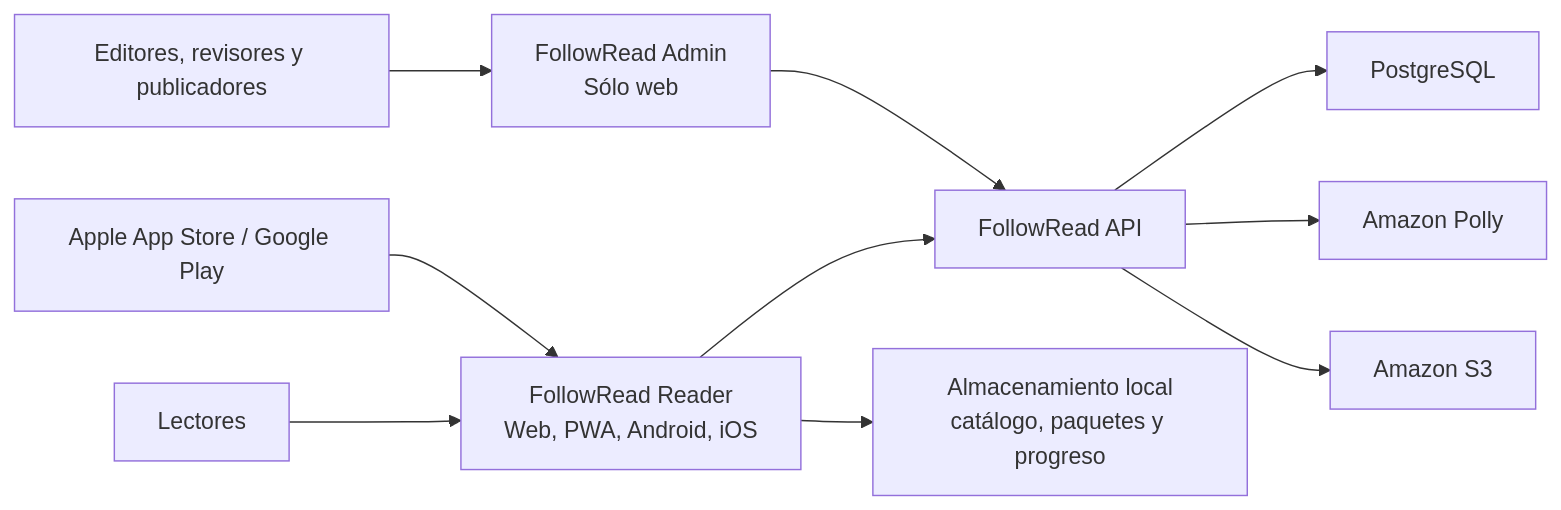
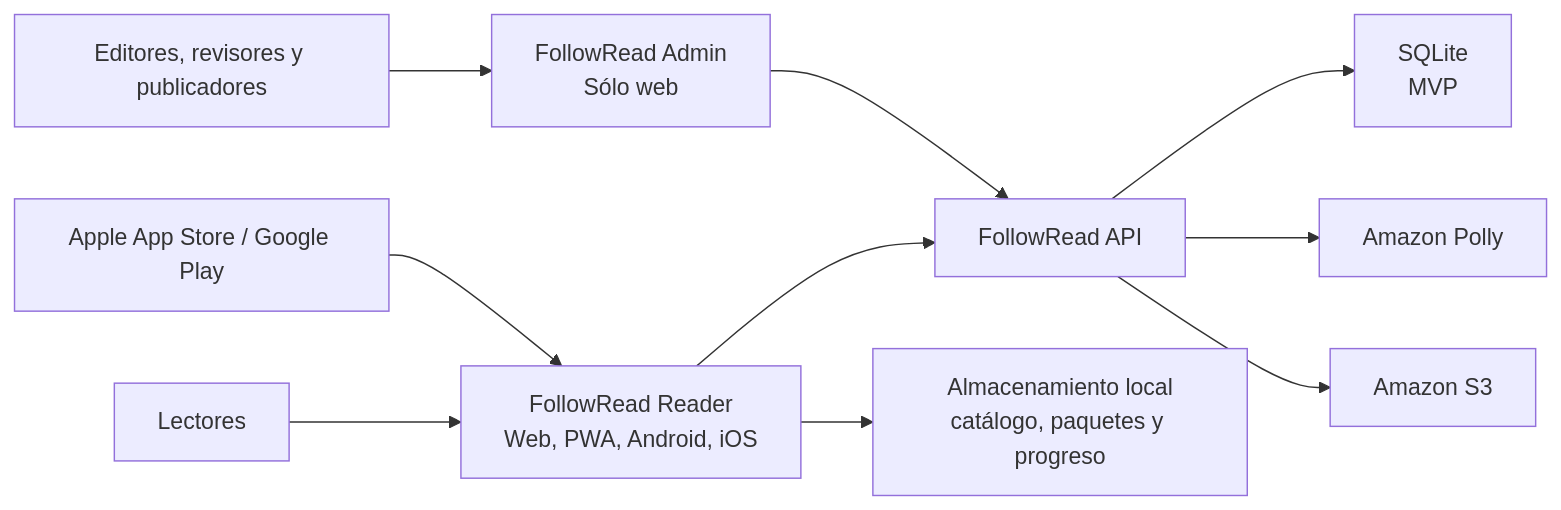
The diagram in docs/architecture/SYSTEM_CONTEXT.md (dafermen/FollowRead), drawn with Mermaid before and after one commit. The commit also changed other lines of this file and 49 other files, not shown here.

````diff
--- a/docs/architecture/SYSTEM_CONTEXT.md
+++ b/docs/architecture/SYSTEM_CONTEXT.md
@@ -29,12 +29,12 @@
 ```mermaid
 flowchart LR
     readers["Lectores"] --> reader["FollowRead Reader<br/>Web, PWA, Android, iOS"]
     editors["Editores, revisores y publicadores"] --> admin["FollowRead Admin<br/>Sólo web"]
     reader --> api["FollowRead API"]
     admin --> api
-    api --> db["PostgreSQL"]
+    api --> db["SQLite<br/>MVP"]
     api --> polly["Amazon Polly"]
     api --> s3["Amazon S3"]
     reader --> local["Almacenamiento local<br/>catálogo, paquetes y progreso"]
     stores["Apple App Store / Google Play"] --> reader
 ```
````
